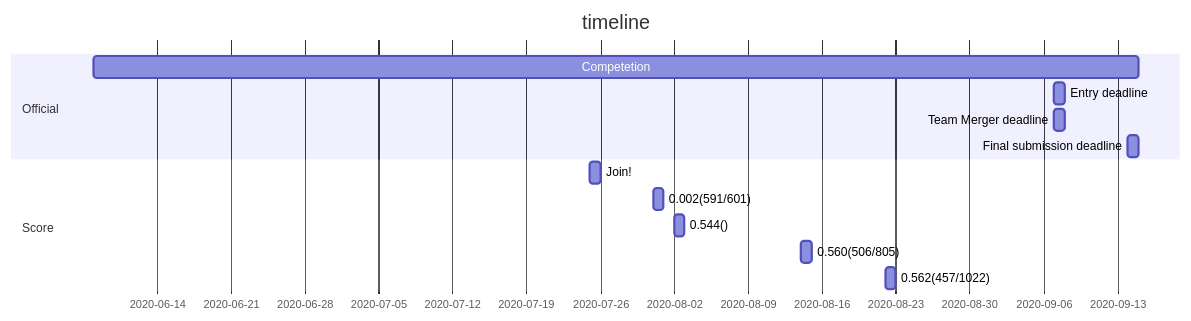
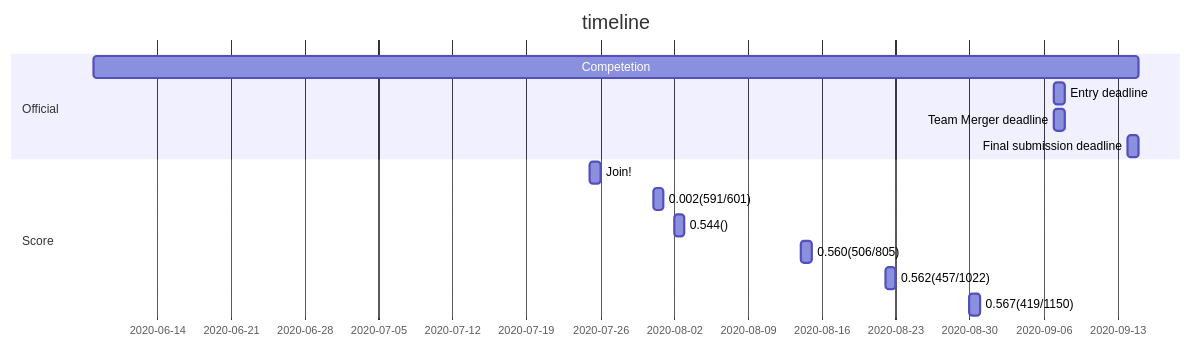
Before and after one commit to fkubota/kaggle-Cornell-Birdcall-Identification: the diagram in README.md, drawn with Mermaid. The commit also changed other lines of this file, not shown here.

````diff
--- a/README.md
+++ b/README.md
@@ -32,17 +32,18 @@
 ```mermaid
 gantt
   title timeline
   dateFormat YYYY-MM-DD
   section Official
   Competetion: a1, 2020-06-08, 2020-09-15
   Entry deadline: a3, 2020-09-07, 2020-09-08
   Team Merger deadline: a4, 2020-09-07, 2020-09-08
   Final submission deadline: a2, 2020-09-14, 2020-09-15
 
   section Score
   Join!:2020-07-25, 2020-07-26
   0.002(591/601): 2020-07-31, 2020-08-01
   0.544(): 2020-08-02, 2020-08-03
   0.560(506/805): 2020-08-14, 2020-08-15
   0.562(457/1022): 2020-08-22, 2020-08-23
+  0.567(419/1150): 2020-08-30, 2020-08-31
 ```
````
